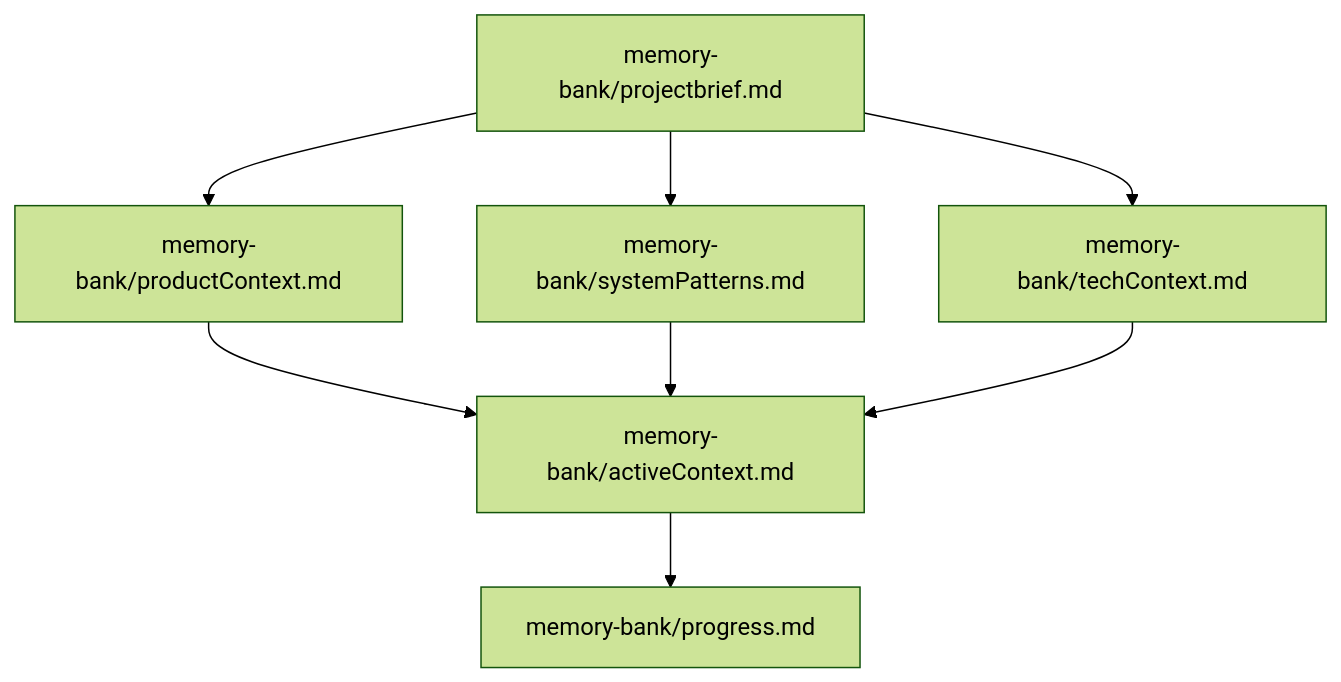
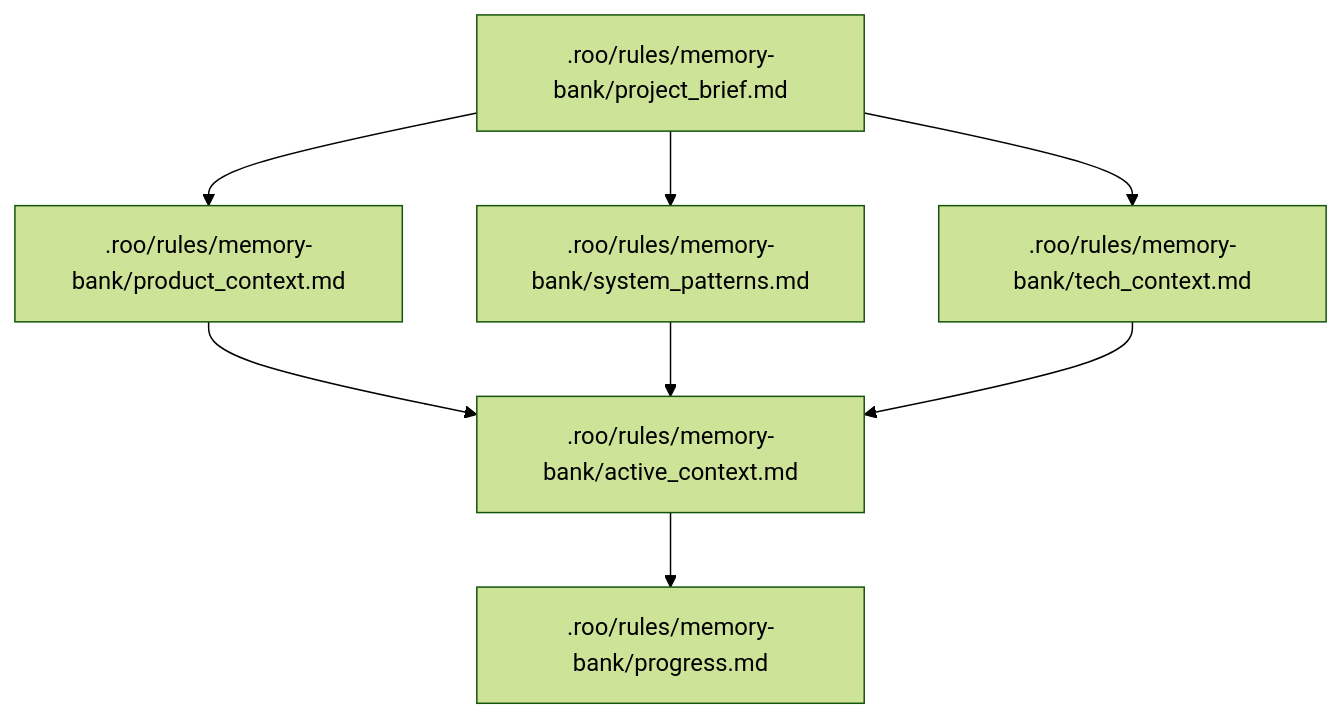
Before and after one commit to bradypp/roo-rules: the first of 4 diagrams in .roo/rules/01-memory-bank.md, drawn with Mermaid (forest theme). The commit also changed other lines of this file and 12 other files, not shown here.

````diff
--- a/.roo/rules/01-memory-bank.md
+++ b/.roo/rules/01-memory-bank.md
@@ -15,12 +15,12 @@
 ```mermaid
 flowchart TD
-    PB[memory-bank/projectbrief.md] --> PC[memory-bank/productContext.md]
-    PB --> SP[memory-bank/systemPatterns.md]
-    PB --> TC[memory-bank/techContext.md]
+    PB[.roo/rules/memory-bank/project_brief.md] --> PC[.roo/rules/memory-bank/product_context.md]
+    PB --> SP[.roo/rules/memory-bank/system_patterns.md]
+    PB --> TC[.roo/rules/memory-bank/tech_context.md]
 
-    PC --> AC[memory-bank/activeContext.md]
+    PC --> AC[.roo/rules/memory-bank/active_context.md]
     SP --> AC
     TC --> AC
 
-    AC --> P[memory-bank/progress.md]
+    AC --> P[.roo/rules/memory-bank/progress.md]
 ```
````
